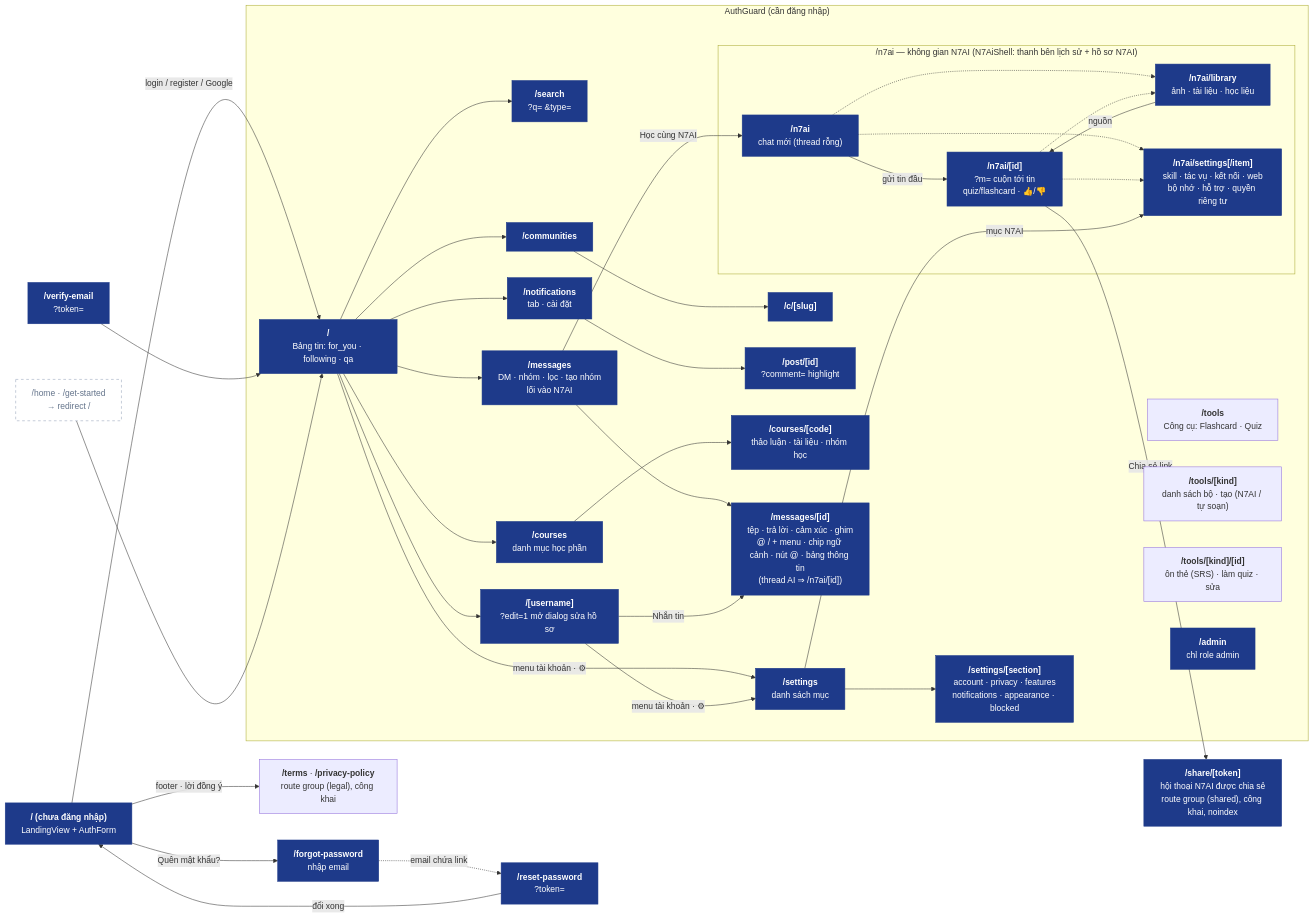
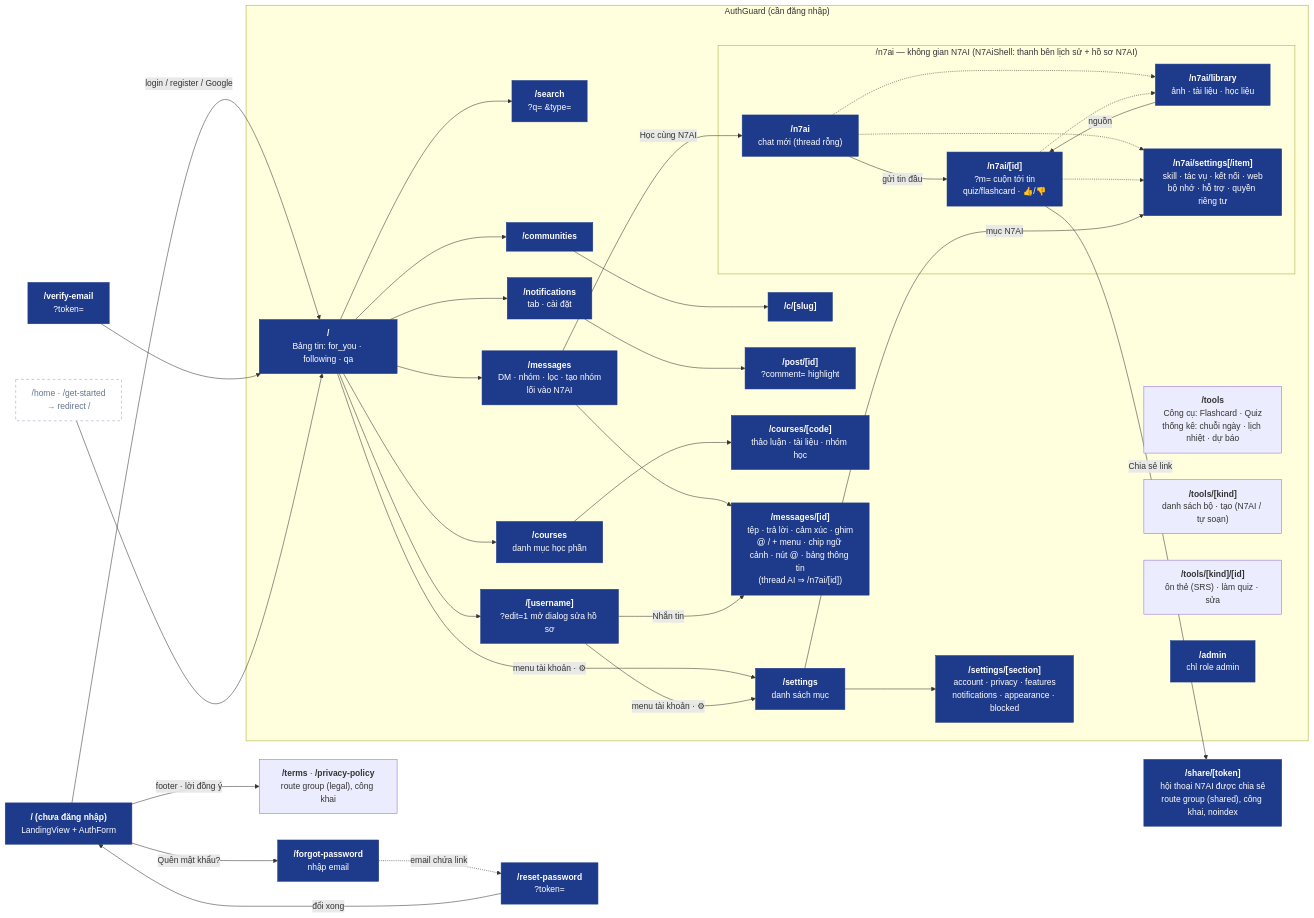
The first of 2 diagrams in docs/diagrams/07-web-app.md (nhatcoi/pu-connect), drawn with Mermaid before and after one commit. The commit also changed other lines of this file and 3 other files, not shown here.

Commit message:
docs(tools): flashcard round 2 — cloze, images, multiple choice, stats

````diff
--- a/docs/diagrams/07-web-app.md
+++ b/docs/diagrams/07-web-app.md
@@ -7,64 +7,64 @@
 ```mermaid
 flowchart LR
   landing["<b>/ (chưa đăng nhập)</b><br/>LandingView + AuthForm"]
   verify["<b>/verify-email</b><br/>?token="]
   forgot["<b>/forgot-password</b><br/>nhập email"]
   reset["<b>/reset-password</b><br/>?token="]
   getstarted["/home · /get-started<br/>→ redirect /"]
   legal["<b>/terms</b> · <b>/privacy-policy</b><br/>route group (legal), công khai"]
   shared["<b>/share/[token]</b><br/>hội thoại N7AI được chia sẻ<br/>route group (shared), công khai, noindex"]
 
   subgraph guarded["AuthGuard (cần đăng nhập)"]
     home["<b>/</b><br/>Bảng tin: for_you · following · qa"]
     search["<b>/search</b><br/>?q= &type="]
     comms["<b>/communities</b>"]
     comm["<b>/c/[slug]</b>"]
     profile["<b>/[username]</b><br/>?edit=1 mở dialog sửa hồ sơ"]
     notif["<b>/notifications</b><br/>tab · cài đặt"]
     post["<b>/post/[id]</b><br/>?comment= highlight"]
     courses["<b>/courses</b><br/>danh mục học phần"]
     course["<b>/courses/[code]</b><br/>thảo luận · tài liệu · nhóm học"]
-    tools["<b>/tools</b><br/>Công cụ: Flashcard · Quiz"]
+    tools["<b>/tools</b><br/>Công cụ: Flashcard · Quiz<br/>thống kê: chuỗi ngày · lịch nhiệt · dự báo"]
     toolkind["<b>/tools/[kind]</b><br/>danh sách bộ · tạo (N7AI / tự soạn)"]
     toolset["<b>/tools/[kind]/[id]</b><br/>ôn thẻ (SRS) · làm quiz · sửa"]
     msgs["<b>/messages</b><br/>DM · nhóm · lọc · tạo nhóm<br/>lối vào N7AI"]
     thread["<b>/messages/[id]</b><br/>tệp · trả lời · cảm xúc · ghim<br/>@ / + menu · chip ngữ cảnh · nút @ · bảng thông tin<br/>(thread AI ⇒ /n7ai/[id])"]
     subgraph n7ai["/n7ai — không gian N7AI (N7AiShell: thanh bên lịch sử + hồ sơ N7AI)"]
       n7aihome["<b>/n7ai</b><br/>chat mới (thread rỗng)"]
       n7aithread["<b>/n7ai/[id]</b><br/>?m= cuộn tới tin<br/>quiz/flashcard · 👍/👎"]
       n7ailib["<b>/n7ai/library</b><br/>ảnh · tài liệu · học liệu"]
       n7aiset["<b>/n7ai/settings[/item]</b><br/>skill · tác vụ · kết nối · web<br/>bộ nhớ · hỗ trợ · quyền riêng tư"]
     end
     adminp["<b>/admin</b><br/>chỉ role admin"]
     settings["<b>/settings</b><br/>danh sách mục"]
     settingsec["<b>/settings/[section]</b><br/>account · privacy · features<br/>notifications · appearance · blocked"]
   end
 
   landing -->|login / register / Google| home
   landing -->|footer · lời đồng ý| legal
   n7aithread -->|Chia sẻ link| shared
   verify --> home
   landing -->|Quên mật khẩu?| forgot
   forgot -.->|email chứa link| reset
   reset -->|đổi xong| landing
   getstarted --> home
   home --> search & comms & profile & notif
   notif --> post
   comms --> comm
   home --> courses & msgs
   courses --> course
   msgs --> thread
   msgs -->|Học cùng N7AI| n7aihome
   n7aihome -->|gửi tin đầu| n7aithread
   n7aihome & n7aithread -.-> n7ailib & n7aiset
   n7ailib -->|nguồn| n7aithread
   profile -->|Nhắn tin| thread
   home & profile -->|menu tài khoản · ⚙| settings
   settings --> settingsec
   settings -->|mục N7AI| n7aiset
 
   classDef page fill:#1e3a8a,stroke:#1e3a8a,color:#fff
   classDef redirect fill:#fff,stroke:#94a3b8,color:#64748b,stroke-dasharray:5 5
   class landing,verify,forgot,reset,home,search,comms,comm,profile,notif,post,courses,course,msgs,thread,adminp,settings,settingsec,n7aihome,n7aithread,n7ailib,n7aiset,shared page
   class getstarted redirect
 ```
````
